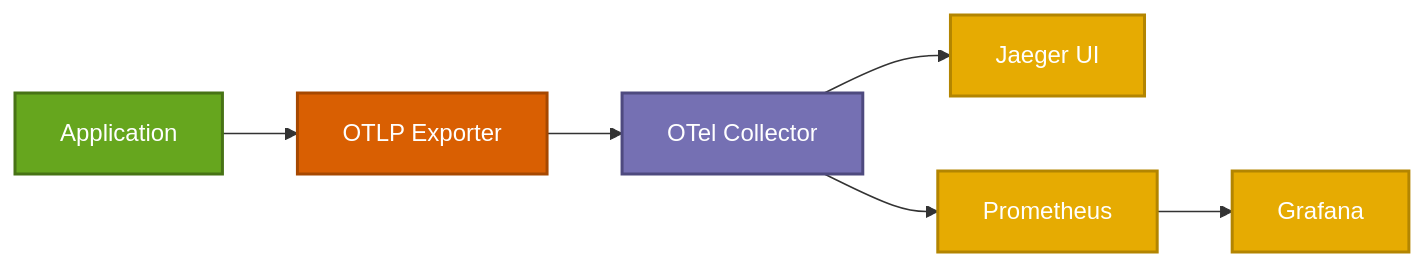
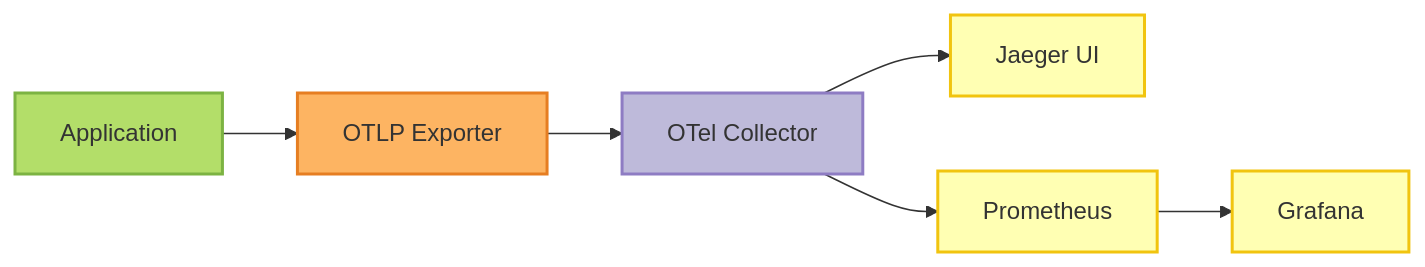
Before and after one commit to vishnu2kmohan/mcp-server-langgraph: the sixth of 10 diagrams in docs/getting-started/architecture.mdx, drawn with Mermaid. The commit also changed other lines of this file and 11 other files, not shown here.

First line of the commit message:
style: migrate all diagrams from Dark2 to Set3 ColorBrewer2 palette

````diff
--- a/docs/getting-started/architecture.mdx
+++ b/docs/getting-started/architecture.mdx
@@ -467,19 +467,19 @@
     ```mermaid
     graph LR
         App[Application] --> Exporter[OTLP Exporter]
         Exporter --> Collector[OTel Collector]
         Collector --> Jaeger[Jaeger UI]
         Collector --> Prometheus[Prometheus]
         Prometheus --> Grafana[Grafana]
 
-        %% ColorBrewer2 Dark2 palette styling
-        classDef appStyle fill:#66a61e,stroke:#477315,stroke-width:2px,color:#fff
-        classDef exporterStyle fill:#d95f02,stroke:#a64801,stroke-width:2px,color:#fff
-        classDef collectorStyle fill:#7570b3,stroke:#4e4a7f,stroke-width:2px,color:#fff
-        classDef backendStyle fill:#e6ab02,stroke:#b38501,stroke-width:2px,color:#fff
+        %% ColorBrewer2 Set3 palette styling
+        classDef appStyle fill:#b3de69,stroke:#7cb342,stroke-width:2px,color:#333
+        classDef exporterStyle fill:#fdb462,stroke:#e67e22,stroke-width:2px,color:#333
+        classDef collectorStyle fill:#bebada,stroke:#8e7cc3,stroke-width:2px,color:#333
+        classDef backendStyle fill:#ffffb3,stroke:#f1c40f,stroke-width:2px,color:#333
 
         class App appStyle
         class Exporter exporterStyle
         class Collector collectorStyle
         class Jaeger,Prometheus,Grafana backendStyle
     ```
````
